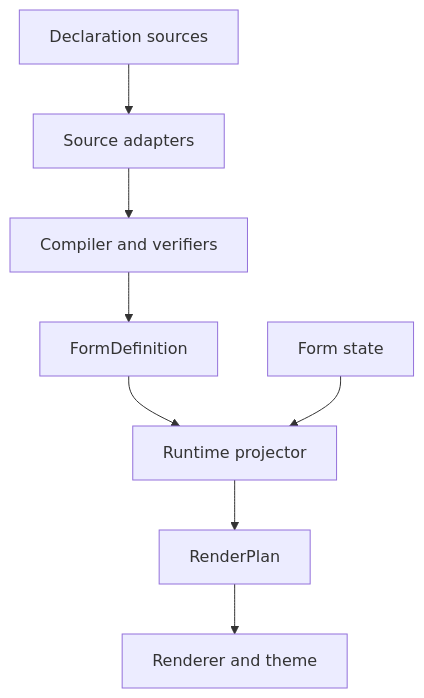
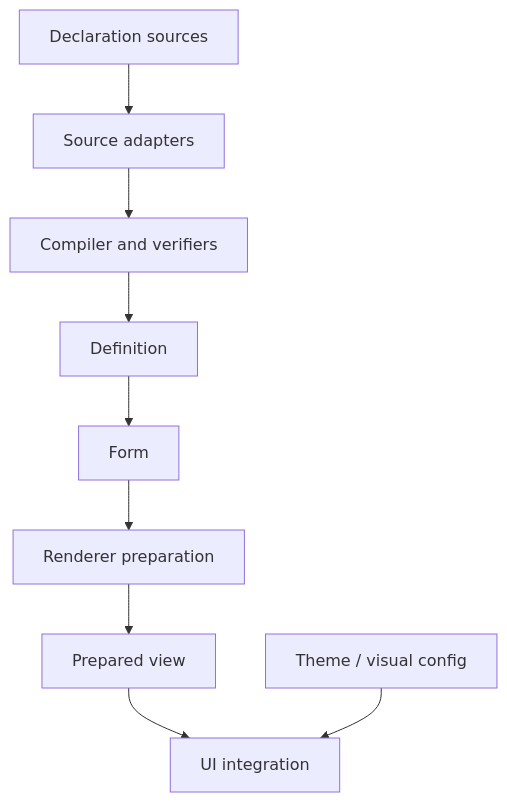
The diagram in docs/Formentation/Planning/04-architecture.md (kioopi/formentation), drawn with Mermaid before and after one commit. The commit also changed other lines of this file and 26 other files, not shown here.

First line of the commit message:
Document the renderer and UI integration model (#23)

````diff
--- a/docs/Formentation/Planning/04-architecture.md
+++ b/docs/Formentation/Planning/04-architecture.md
@@ -13,10 +14,11 @@
 ```mermaid
 flowchart TD
     A["Declaration sources"] --> B["Source adapters"]
     B --> C["Compiler and verifiers"]
-    C --> D["FormDefinition"]
-    D --> E["Runtime projector"]
-    F["Form state"] --> E
-    E --> G["RenderPlan"]
-    G --> H["Renderer and theme"]
+    C --> D["Definition"]
+    D --> E["Form"]
+    E --> F["Renderer preparation"]
+    F --> G["Prepared view"]
+    G --> H["UI integration"]
+    I["Theme / visual config"] --> H
 ```
````
